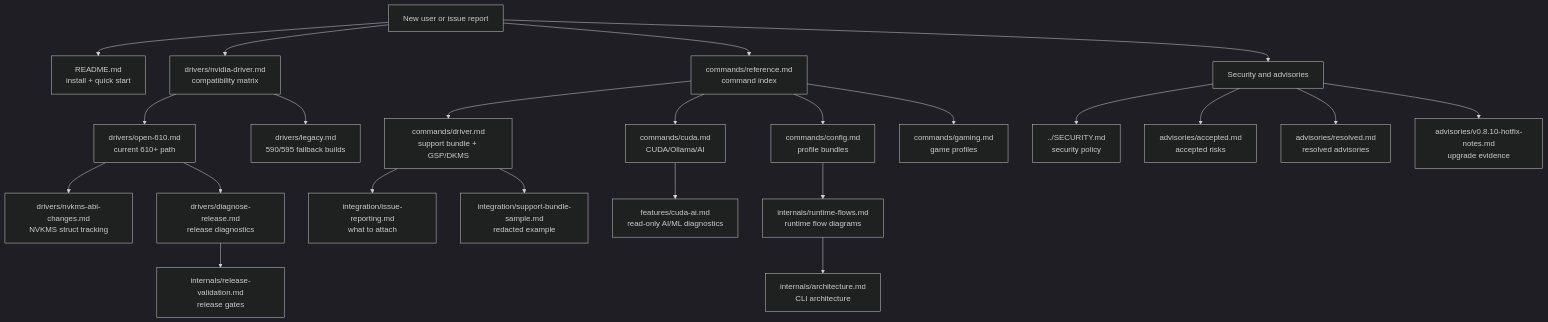
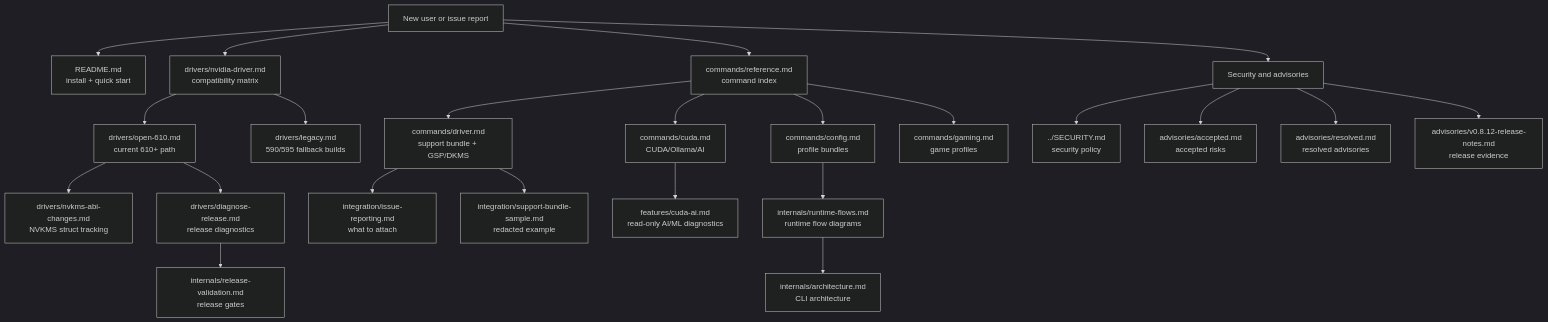
The first of 3 diagrams in docs/README.md (GhostKellz/nvcontrol), drawn with Mermaid (dark theme) before and after one commit. The commit also changed other lines of this file and 66 other files, not shown here.

````diff
--- a/docs/README.md
+++ b/docs/README.md
@@ -24,29 +24,29 @@
 ```mermaid
 flowchart TD
     start["New user or issue report"] --> readme["README.md\ninstall + quick start"]
     start --> matrix["drivers/nvidia-driver.md\ncompatibility matrix"]
     start --> commands["commands/reference.md\ncommand index"]
     start --> security["Security and advisories"]
 
     matrix --> d610["drivers/open-610.md\ncurrent 610+ path"]
     matrix --> legacy["drivers/legacy.md\n590/595 fallback builds"]
     d610 --> abi["drivers/nvkms-abi-changes.md\nNVKMS struct tracking"]
     d610 --> diag["drivers/diagnose-release.md\nrelease diagnostics"]
 
     commands --> driver["commands/driver.md\nsupport bundle + GSP/DKMS"]
     commands --> cuda["commands/cuda.md\nCUDA/Ollama/AI"]
     commands --> config["commands/config.md\nprofile bundles"]
     commands --> gaming["commands/gaming.md\ngame profiles"]
 
     driver --> issues["integration/issue-reporting.md\nwhat to attach"]
     driver --> sample["integration/support-bundle-sample.md\nredacted example"]
     cuda --> ai_feature["features/cuda-ai.md\nread-only AI/ML diagnostics"]
     config --> runtime["internals/runtime-flows.md\nruntime flow diagrams"]
     diag --> release_validation["internals/release-validation.md\nrelease gates"]
     runtime --> architecture["internals/architecture.md\nCLI architecture"]
 
     security --> policy["../SECURITY.md\nsecurity policy"]
     security --> accepted["advisories/accepted.md\naccepted risks"]
     security --> resolved["advisories/resolved.md\nresolved advisories"]
-    security --> upgrades["advisories/v0.8.10-hotfix-notes.md\nupgrade evidence"]
+    security --> upgrades["advisories/v0.8.12-release-notes.md\nrelease evidence"]
 ```
````
